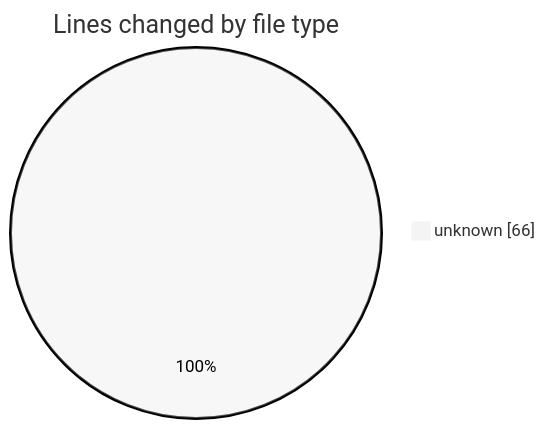
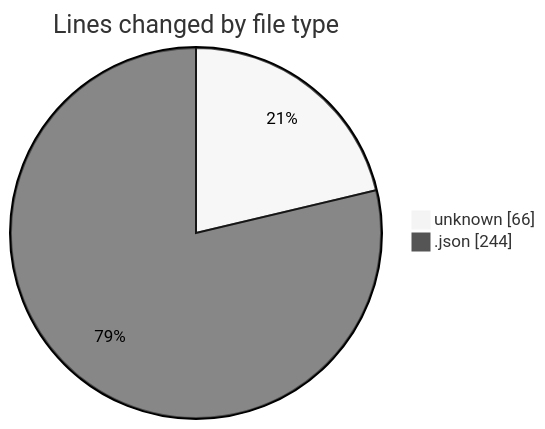
One commit to idhammustaqopulfikri/code-tracking changed the first of 2 diagrams in 2025-10-01/desaku/README.md. Above: the diagram before and after it, drawn with Mermaid (neutral theme). The commit also changed other lines of this file and 1 other file, not shown here.

````diff
--- a/2025-10-01/desaku/README.md
+++ b/2025-10-01/desaku/README.md
@@ -20,5 +21,6 @@
 ```mermaid
 pie showData
 title Lines changed by file type
 "unknown" : 66
+".json" : 244
 ```
````
